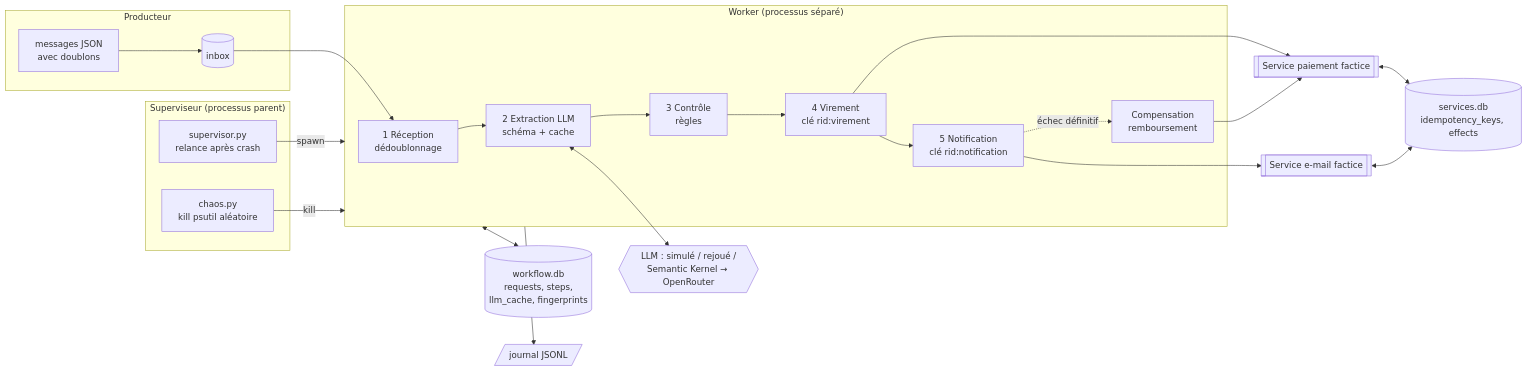
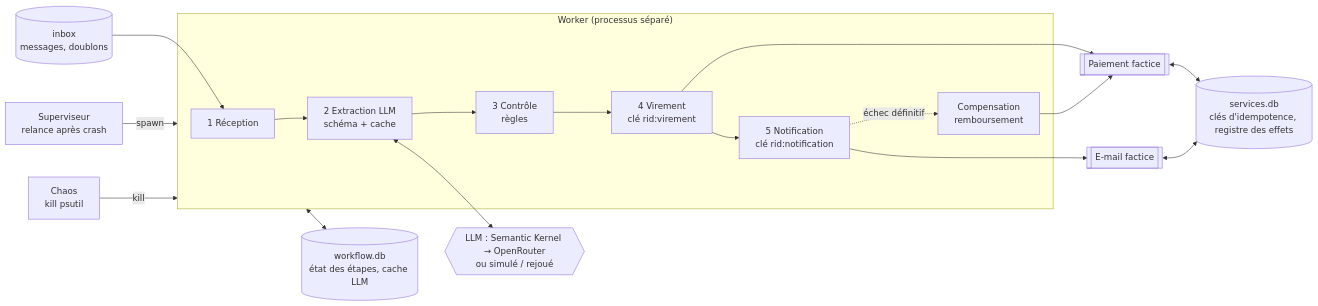
The diagram in groupe-transformers/README.md (Marko075/2026-MSMIN5IN52-GenAI), drawn with Mermaid before and after one commit. The commit also changed other lines of this file and 27 other files, not shown here.

````diff
--- a/groupe-transformers/README.md
+++ b/groupe-transformers/README.md
@@ -47,27 +23,18 @@
 ```mermaid
 flowchart LR
-    subgraph Producteur
-        M[messages JSON<br/>avec doublons] --> I[(inbox)]
-    end
-    subgraph Superviseur["Superviseur (processus parent)"]
-        S[supervisor.py<br/>relance après crash]
-        C[chaos.py<br/>kill psutil aléatoire]
-    end
+    I[(inbox<br/>messages, doublons)] --> R
     subgraph Worker["Worker (processus séparé)"]
-        R[1 Réception<br/>dédoublonnage] --> E[2 Extraction LLM<br/>schéma + cache]
+        R[1 Réception] --> E[2 Extraction LLM<br/>schéma + cache]
         E --> K[3 Contrôle<br/>règles]
         K --> V[4 Virement<br/>clé rid:virement]
         V --> N[5 Notification<br/>clé rid:notification]
         N -. échec définitif .-> X[Compensation<br/>remboursement]
     end
-    I --> R
-    S -- spawn --> Worker
-    C -- kill --> Worker
-    Worker <--> W[(workflow.db<br/>requests, steps,<br/>llm_cache, fingerprints)]
-    E <--> L{{LLM : simulé / rejoué /<br/>Semantic Kernel → OpenRouter}}
-    V --> P[[Service paiement factice]]
-    X --> P
-    N --> Q[[Service e-mail factice]]
-    P & Q <--> SV[(services.db<br/>idempotency_keys, effects)]
-    Worker --> J[/journal JSONL/]
+    S[Superviseur<br/>relance après crash] -- spawn --> Worker
+    C[Chaos<br/>kill psutil] -- kill --> Worker
+    Worker <--> W[(workflow.db<br/>état des étapes, cache LLM)]
+    E <--> L{{LLM : Semantic Kernel → OpenRouter<br/>ou simulé / rejoué}}
+    V & X --> P[[Paiement factice]]
+    N --> Q[[E-mail factice]]
+    P & Q <--> SV[(services.db<br/>clés d'idempotence, registre des effets)]
 ```
````
